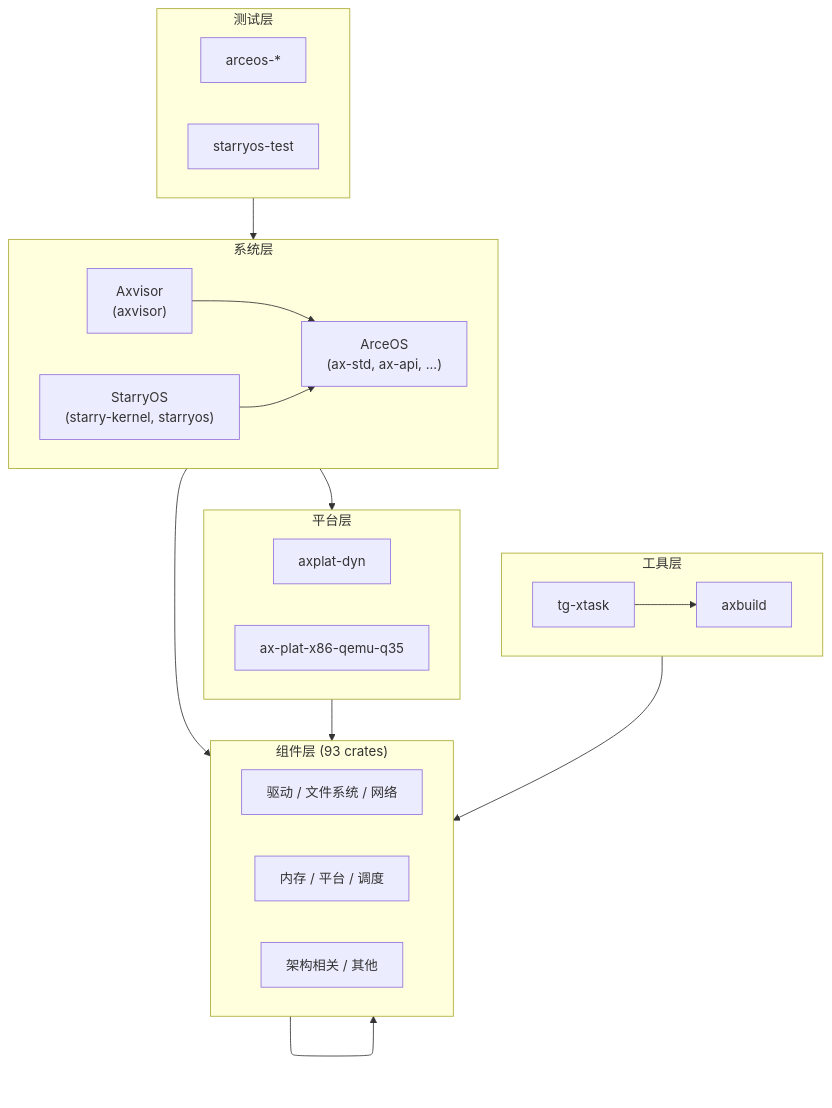
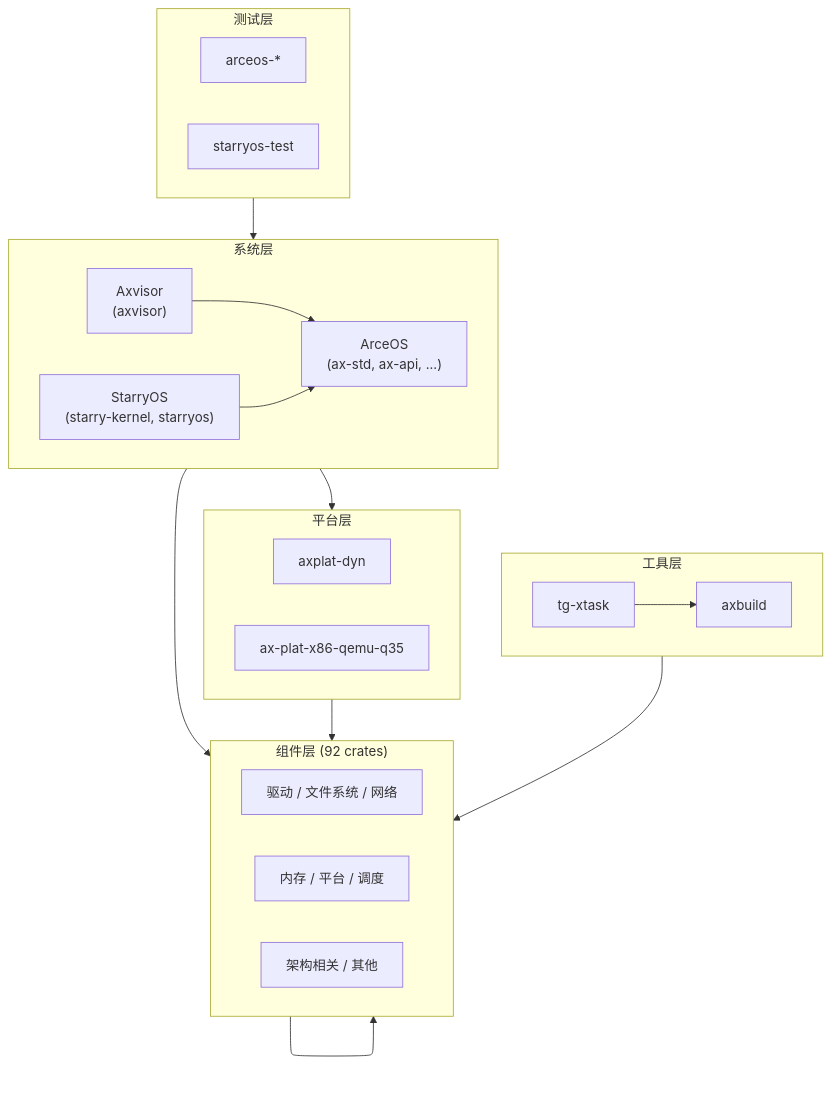
The diagram in docs/docs/components/overview.md (rcore-os/tgoskits), drawn with Mermaid before and after one commit. The commit also changed other lines of this file and 85 other files, not shown here.

````diff
--- a/docs/docs/components/overview.md
+++ b/docs/docs/components/overview.md
@@ -26,40 +26,40 @@
 ```mermaid
 flowchart TB
     subgraph sg_test["测试层"]
         direction LR
         t1["arceos-*"]
         t2["starryos-test"]
     end
     subgraph sg_os["系统层"]
         direction LR
         s1["ArceOS\n(ax-std, ax-api, ...)"]
         s2["StarryOS\n(starry-kernel, starryos)"]
         s3["Axvisor\n(axvisor)"]
     end
     subgraph sg_tool["工具层"]
         direction LR
         tl1["axbuild"]
         tl2["tg-xtask"]
     end
     subgraph sg_plat["平台层"]
         direction LR
         p1["axplat-dyn"]
         p2["ax-plat-x86-qemu-q35"]
     end
-    subgraph sg_comp["组件层 (93 crates)"]
+    subgraph sg_comp["组件层 (92 crates)"]
         direction LR
         c1["驱动 / 文件系统 / 网络"]
         c2["内存 / 平台 / 调度"]
         c3["架构相关 / 其他"]
     end
 
     sg_test --> sg_os
     s3 --> s1
     s2 --> s1
     sg_os --> sg_plat
     sg_os --> sg_comp
     sg_plat --> sg_comp
     tl2 --> tl1
     tl1 --> sg_comp
     sg_comp --> sg_comp
 ```
````
